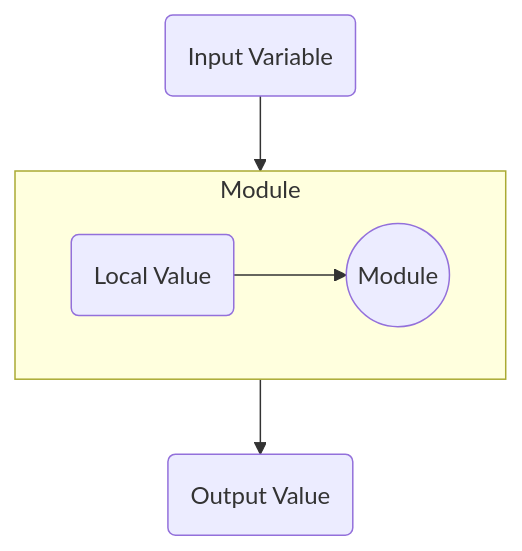
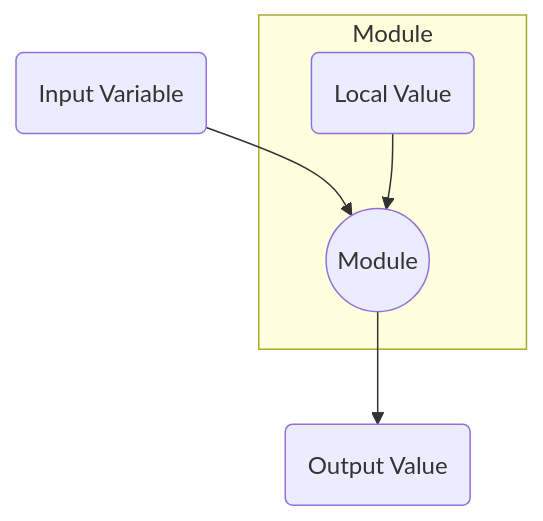
One commit to dermotreynolds/data.io.docs changed the diagram in blog/terraform_variables.md. Above: the diagram before and after it, drawn with Mermaid.

Commit message:
updated header

````diff
--- a/blog/terraform_variables.md
+++ b/blog/terraform_variables.md
@@ -9,9 +9,8 @@
 ```mermaid
 graph TB
     input(Input Variable)-->module
     subgraph module_code[Module]
-        direction LR
         local(Local Value) --> module((Module))
     end
     module --> output(Output Value)
 ```
````
